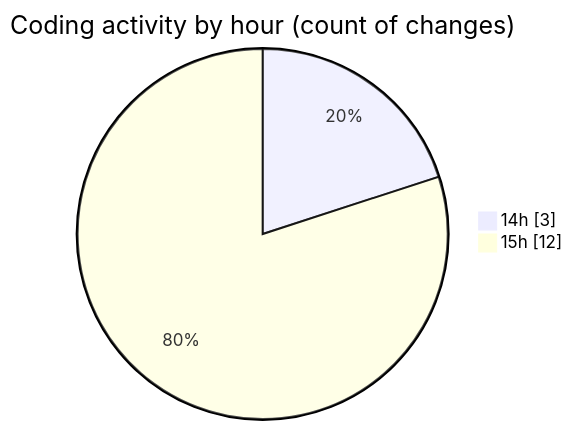
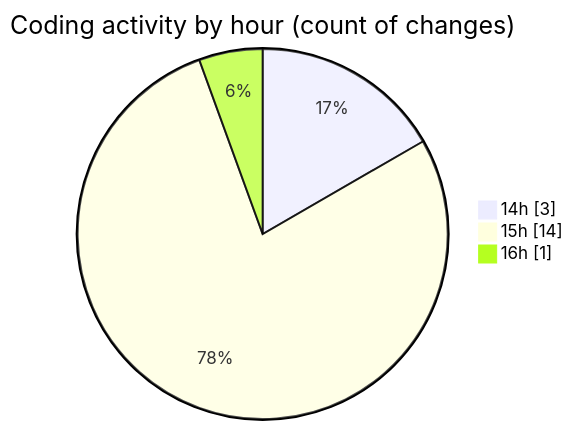
Before and after one commit to nxtqubesakshisongat/code-tracking: the second of 2 diagrams in 2025-09-02/nxtqube_webapp/README.md, drawn with Mermaid. The commit also changed other lines of this file and 1 other file, not shown here.

````diff
--- a/2025-09-02/nxtqube_webapp/README.md
+++ b/2025-09-02/nxtqube_webapp/README.md
@@ -28,6 +28,7 @@
 ```mermaid
 pie showData
 title Coding activity by hour (count of changes)
 "14h" : 3
-"15h" : 12
+"15h" : 14
+"16h" : 1
 ```
````
